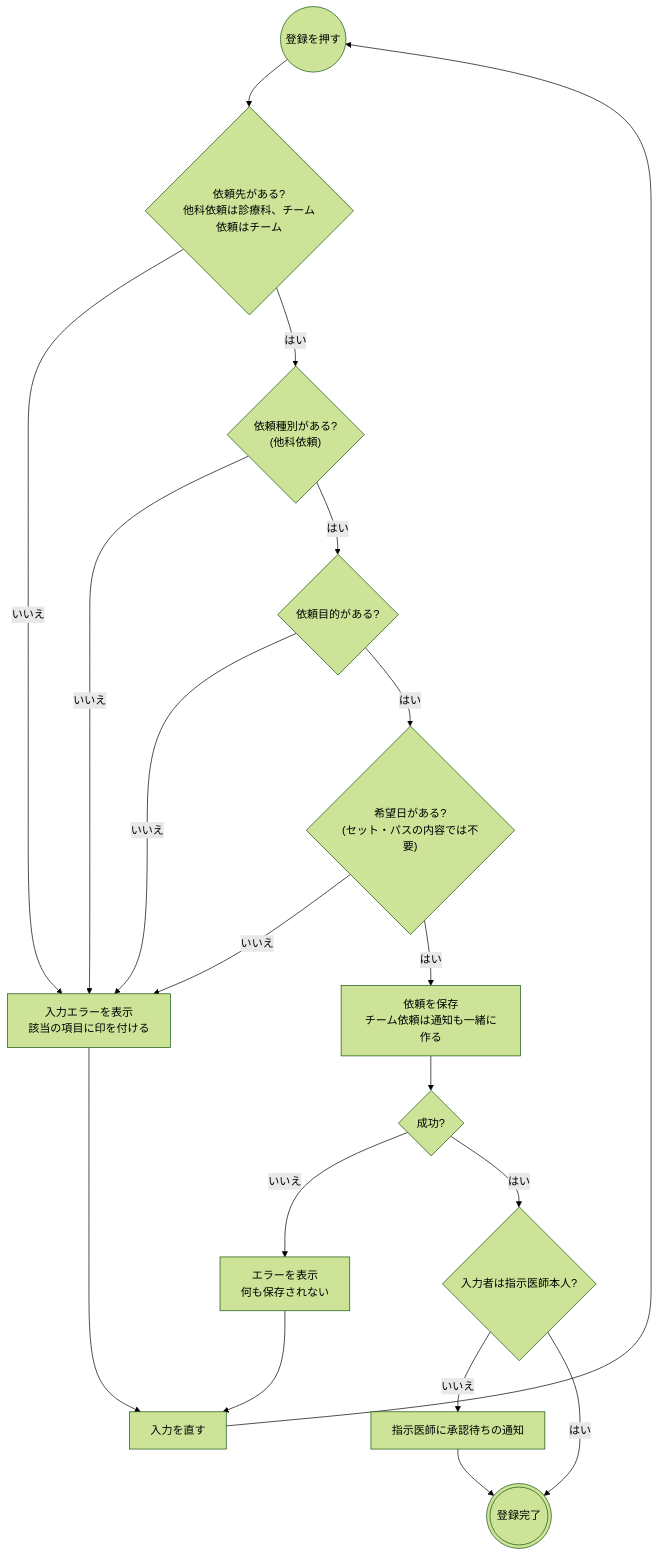
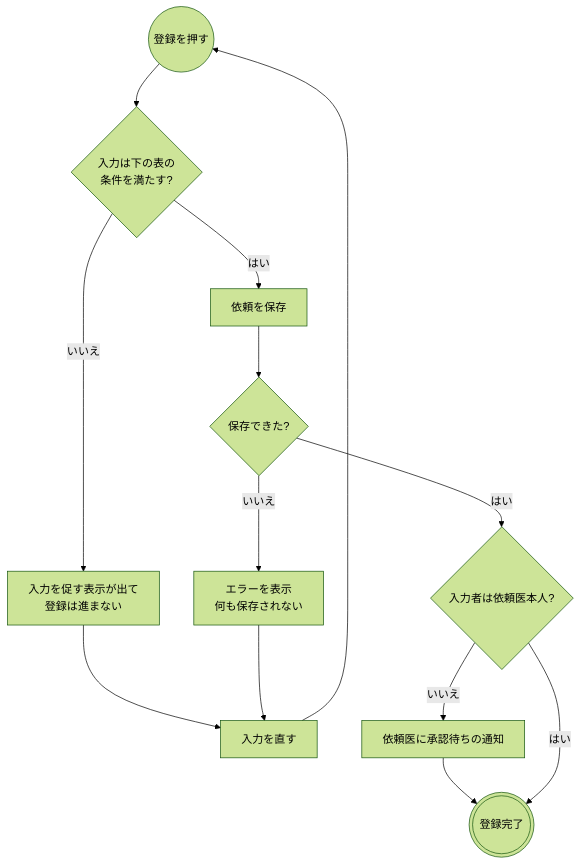
One commit to ysnr-dev/fhir-client-docs changed the third of 6 diagrams in docs/flows/consult-team.md. Above: the diagram before and after it, drawn with Mermaid (forest theme). The commit also changed other lines of this file and 43 other files, not shown here.

Commit message:
docs: 業務フローとシーケンス図を写し直し

````diff
--- a/docs/flows/consult-team.md
+++ b/docs/flows/consult-team.md
@@ -128,31 +143,21 @@
 ```mermaid
 flowchart TD
   submit(("登録を押す"))
-  target{"依頼先がある?<br/>他科依頼は診療科、チーム依頼はチーム"}
-  kind{"依頼種別がある?<br/>(他科依頼)"}
-  purpose{"依頼目的がある?"}
-  date{"希望日がある?<br/>(セット・パスの内容では不要)"}
-  error["入力エラーを表示<br/>該当の項目に印を付ける"]
-  send["依頼を保存<br/>チーム依頼は通知も一緒に作る"]
-  result{"成功?"}
+  check{"入力は下の表の<br/>条件を満たす?"}
+  error["入力を促す表示が出て<br/>登録は進まない"]
+  fix["入力を直す"]
+  send["依頼を保存"]
+  result{"保存できた?"}
   failed["エラーを表示<br/>何も保存されない"]
-  proxy{"入力者は指示医師本人?"}
-  approval["指示医師に承認待ちの通知"]
+  proxy{"入力者は依頼医本人?"}
+  approval["依頼医に承認待ちの通知"]
   done((("登録完了")))
-  fix["入力を直す"]
 
-  submit --> target
-  target -- "いいえ" --> error
-  target -- "はい" --> kind
-  kind -- "いいえ" --> error
-  kind -- "はい" --> purpose
-  purpose -- "いいえ" --> error
-  purpose -- "はい" --> date
-  date -- "いいえ" --> error
-  date -- "はい" --> send --> result
+  submit --> check
+  check -- "いいえ" --> error --> fix --> submit
+  check -- "はい" --> send --> result
   result -- "いいえ" --> failed --> fix
   result -- "はい" --> proxy
   proxy -- "いいえ" --> approval --> done
   proxy -- "はい" --> done
-  error --> fix --> submit
 ```
````
